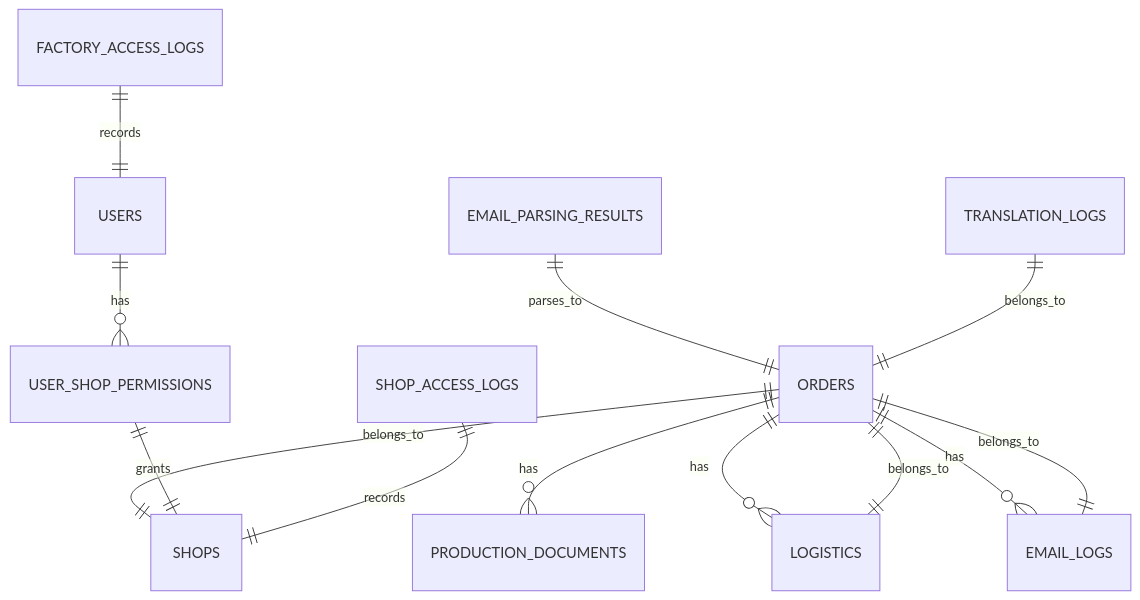
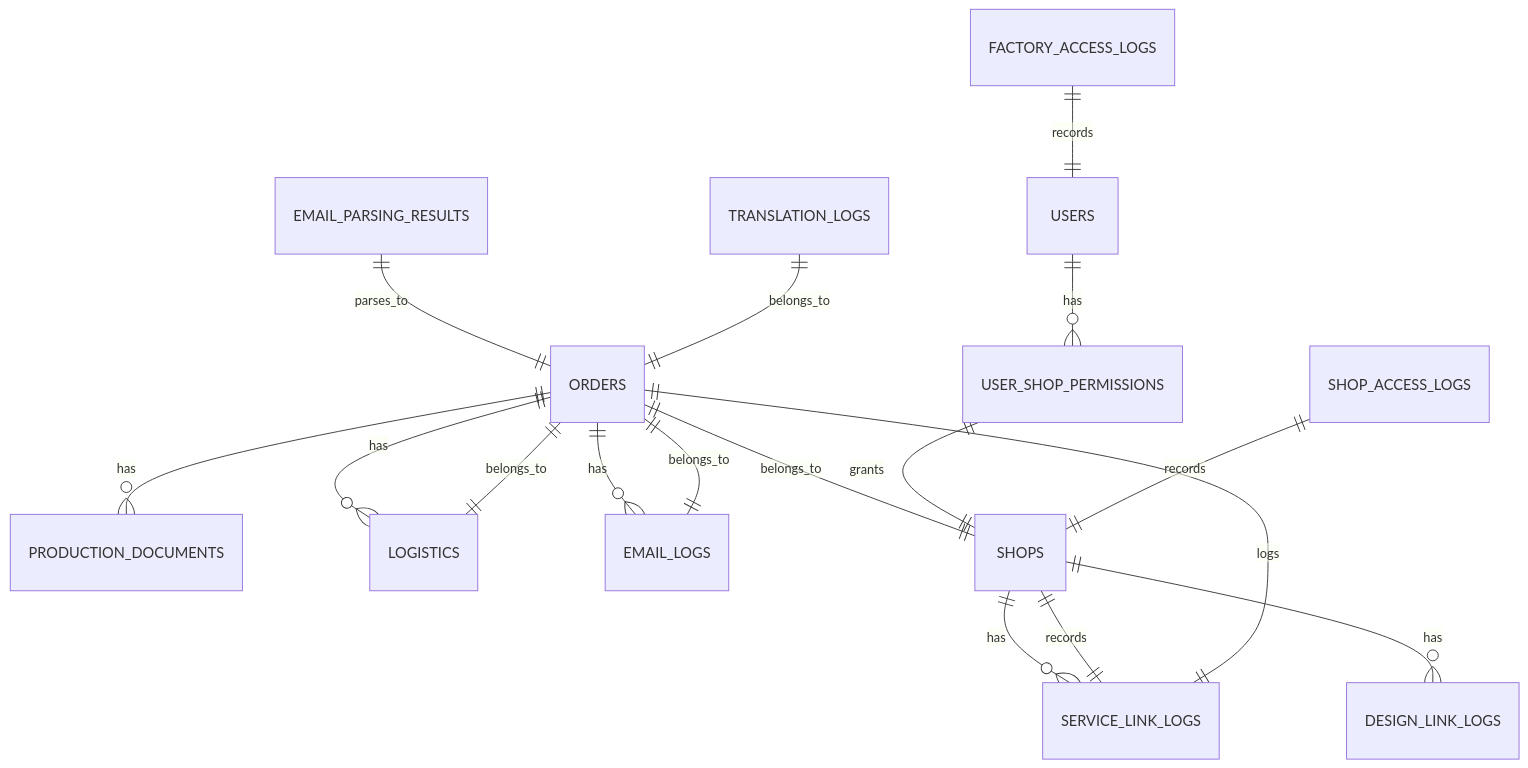
One commit to SY6621/POD-Order-Management changed diagram 18 of 18 in .qoder/repowiki/zh/content/开发指南/前后端API对接文档.md. Above: the diagram before and after it, drawn with Mermaid. The commit also changed other lines of this file and 15 other files, not shown here.

````diff
--- a/.qoder/repowiki/zh/content/开发指南/前后端API对接文档.md
+++ b/.qoder/repowiki/zh/content/开发指南/前后端API对接文档.md
@@ -2341,15 +3103,19 @@
 ```mermaid
 erDiagram
 ORDERS ||--o{ PRODUCTION_DOCUMENTS : "has"
 ORDERS ||--o{ LOGISTICS : "has"
 ORDERS ||--o{ EMAIL_LOGS : "has"
 ORDERS ||--|| SHOPS : "belongs_to"
 EMAIL_PARSING_RESULTS ||--|| ORDERS : "parses_to"
 USERS ||--o{ USER_SHOP_PERMISSIONS : "has"
 USER_SHOP_PERMISSIONS ||--|| SHOPS : "grants"
 SHOP_ACCESS_LOGS ||--|| SHOPS : "records"
 FACTORY_ACCESS_LOGS ||--|| USERS : "records"
 LOGISTICS ||--|| ORDERS : "belongs_to"
 EMAIL_LOGS ||--|| ORDERS : "belongs_to"
 TRANSLATION_LOGS ||--|| ORDERS : "belongs_to"
+SERVICE_LINK_LOGS ||--|| SHOPS : "records"
+SERVICE_LINK_LOGS ||--|| ORDERS : "logs"
+SHOPS ||--o{ SERVICE_LINK_LOGS : "has"
+SHOPS ||--o{ DESIGN_LINK_LOGS : "has"
 ```
````
